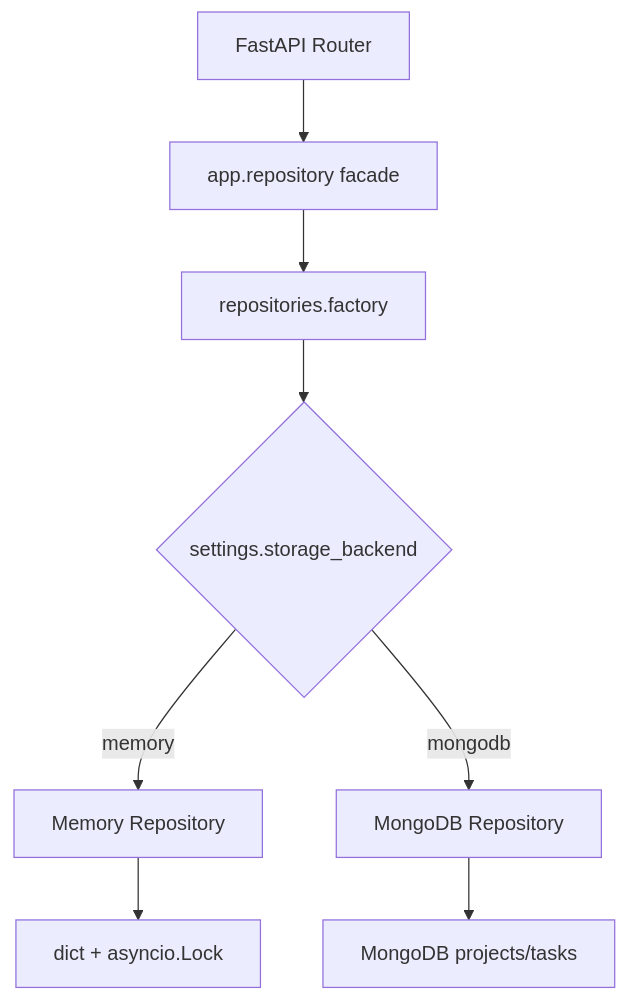
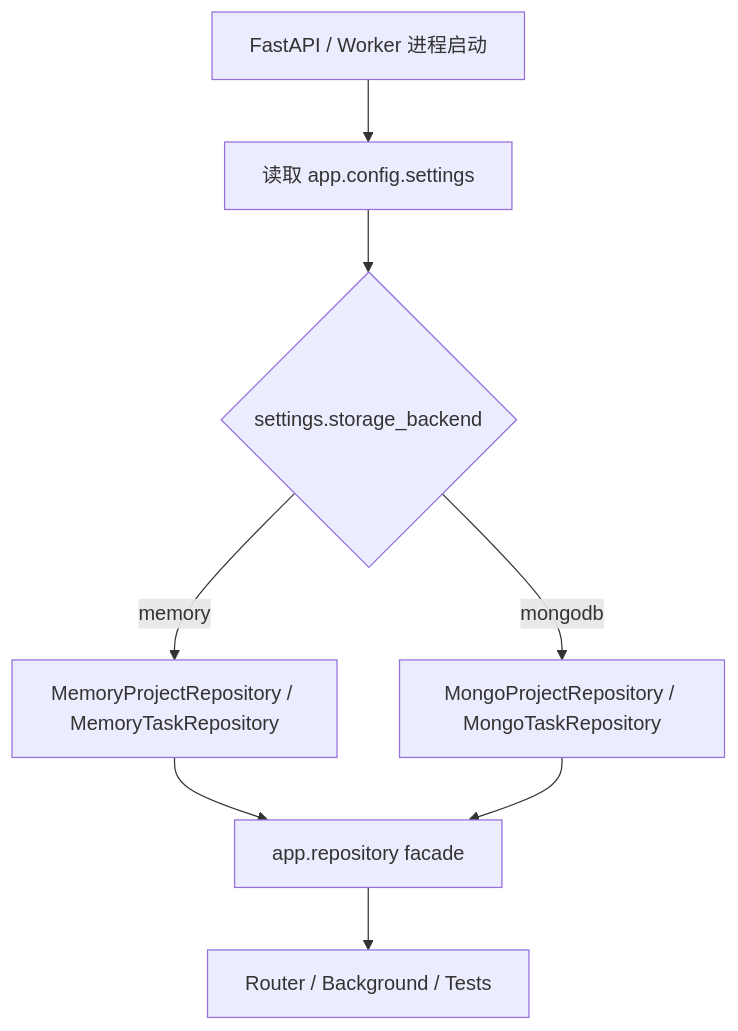
One commit to boc9489-byte/deep-search_study changed the first of 3 diagrams in docs/05-MongoDB存储实现方案.md. Above: the diagram before and after it, drawn with Mermaid. The commit also changed other lines of this file and 17 other files, not shown here.

````diff
--- a/docs/05-MongoDB存储实现方案.md
+++ b/docs/05-MongoDB存储实现方案.md
@@ -172,10 +229,10 @@
 ```mermaid
 flowchart TD
-    A["FastAPI Router"] --> B["app.repository facade"]
-    B --> C["repositories.factory"]
-    C --> D{"settings.storage_backend"}
-    D -->|"memory"| E["Memory Repository"]
-    D -->|"mongodb"| F["MongoDB Repository"]
-    E --> G["dict + asyncio.Lock"]
-    F --> H["MongoDB projects/tasks"]
+    A["FastAPI / Worker 进程启动"] --> B["读取 app.config.settings"]
+    B --> C{"settings.storage_backend"}
+    C -->|"memory"| D["MemoryProjectRepository / MemoryTaskRepository"]
+    C -->|"mongodb"| E["MongoProjectRepository / MongoTaskRepository"]
+    D --> F["app.repository facade"]
+    E --> F
+    F --> G["Router / Background / Tests"]
 ```
````
